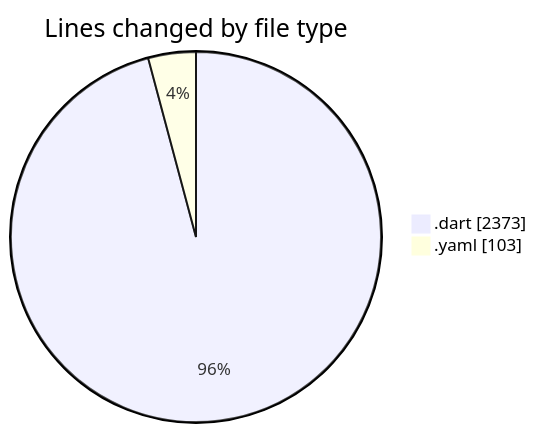
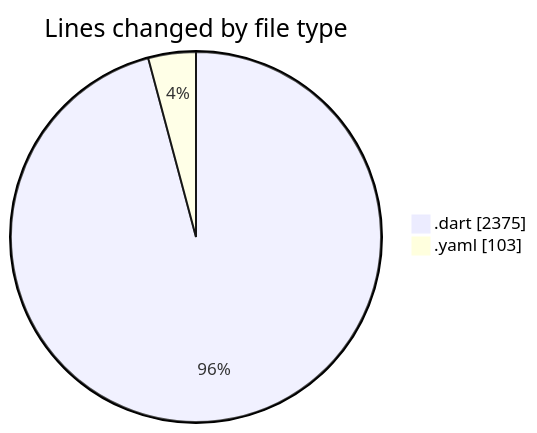
One commit to donsfak/code-tracking changed the first of 2 diagrams in 2025-02-25/trackers_app/README.md. Above: the diagram before and after it, drawn with Mermaid. The commit also changed other lines of this file and 1 other file, not shown here.

````diff
--- a/2025-02-25/trackers_app/README.md
+++ b/2025-02-25/trackers_app/README.md
@@ -32,6 +32,6 @@
 ```mermaid
 pie showData
 title Lines changed by file type
-".dart" : 2373
+".dart" : 2375
 ".yaml" : 103
 ```
````
